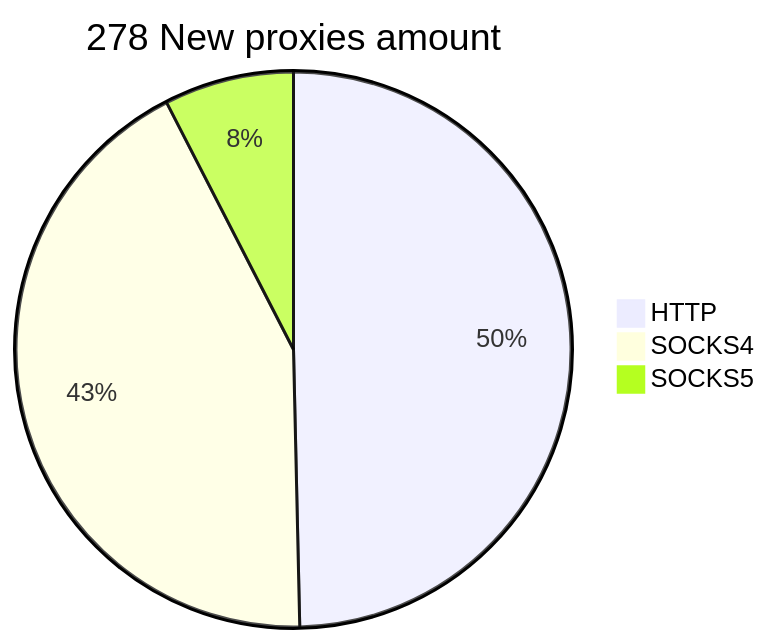
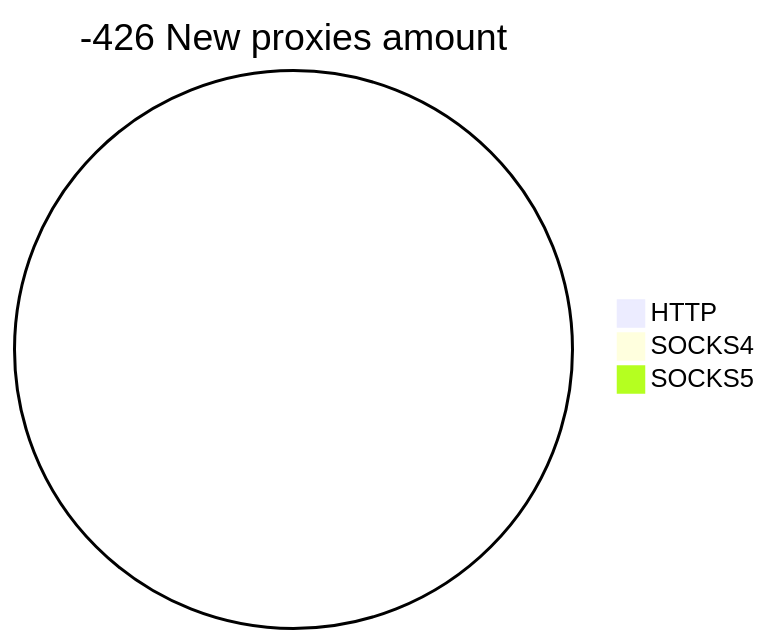
Before and after one commit to cutipu/proxylist: the second of 2 diagrams in README.md, drawn with Mermaid. The commit also changed other lines of this file, not shown here.

````diff
--- a/README.md
+++ b/README.md
@@ -10,6 +10,6 @@
 ```mermaid
-pie title 278 New proxies amount
-    "HTTP" : 138
-    "SOCKS4" : 119
-    "SOCKS5" : 21
+pie title -426 New proxies amount
+    "HTTP" : 0
+    "SOCKS4" : 0
+    "SOCKS5" : 0
 ```
````
